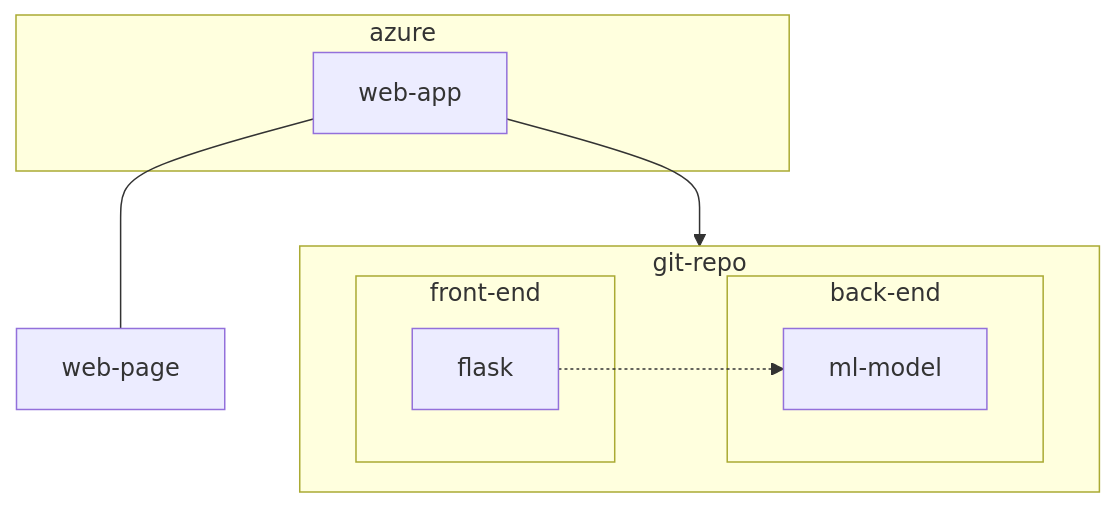
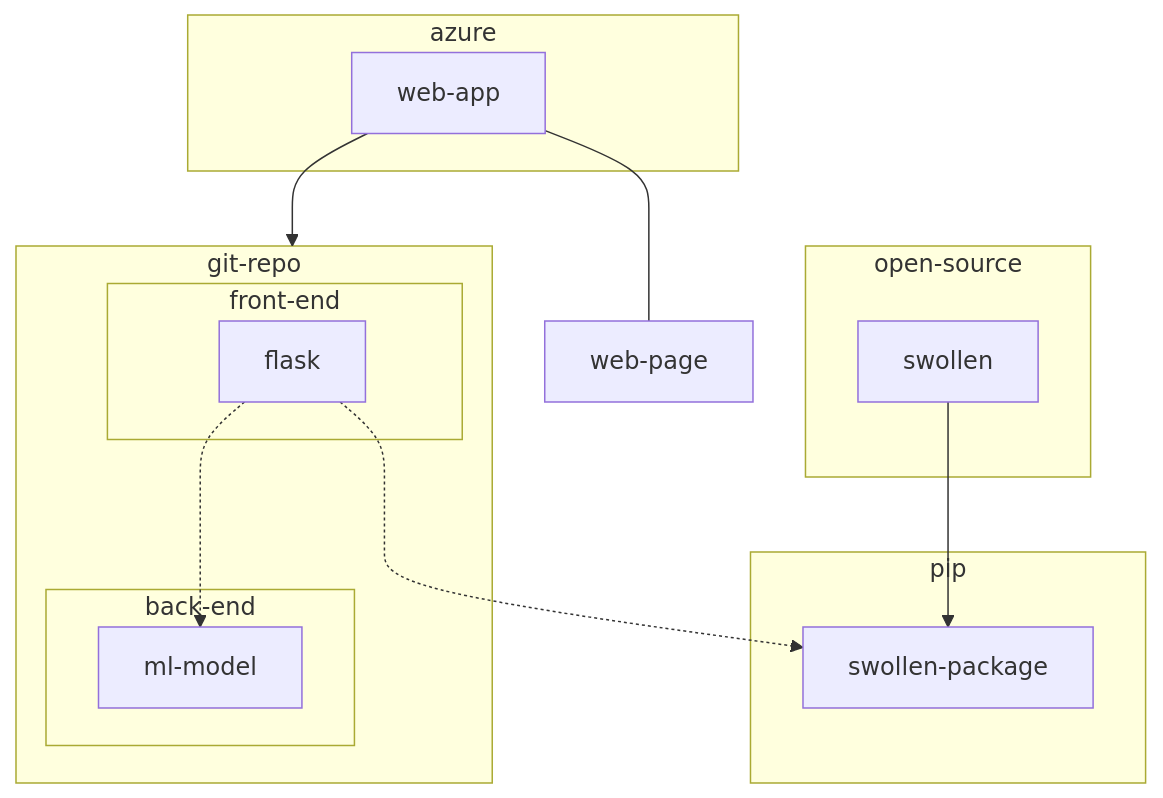
The first of 2 diagrams in README.md (ftymoshchuk/swollen-flask), drawn with Mermaid before and after one commit.

````diff
--- a/README.md
+++ b/README.md
@@ -14,17 +14,25 @@
 ```mermaid
   flowchart TB
     subgraph git-repo
       subgraph back-end
       ml-model
       end
       subgraph front-end
       flask
       end
     end
     subgraph azure
     web-app
     end
+    subgraph pip
+    swollen-package
+    end
+    subgraph open-source
+    swollen
+    end
+    swollen --> swollen-package
     web-app --- web-page
     flask -.-> ml-model
-    web-app --> git-repo 
+    flask -.-> swollen-package
+    web-app --> git-repo
 ```
````
